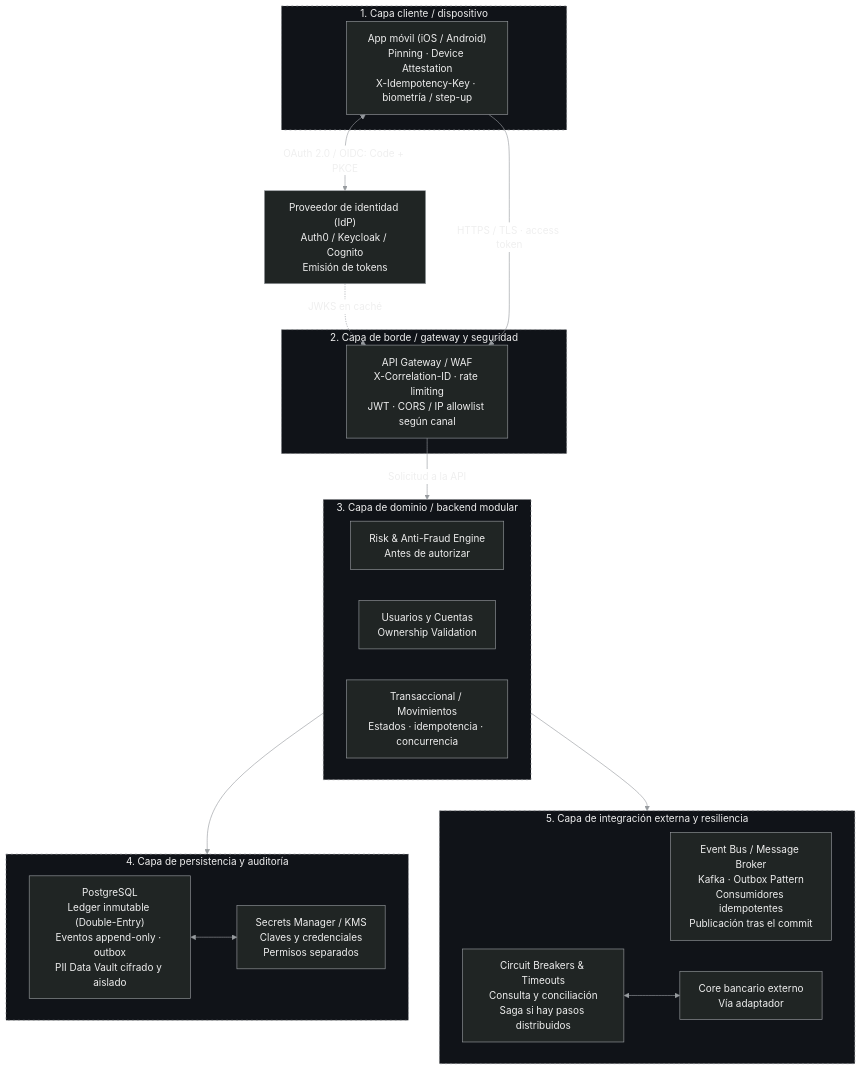
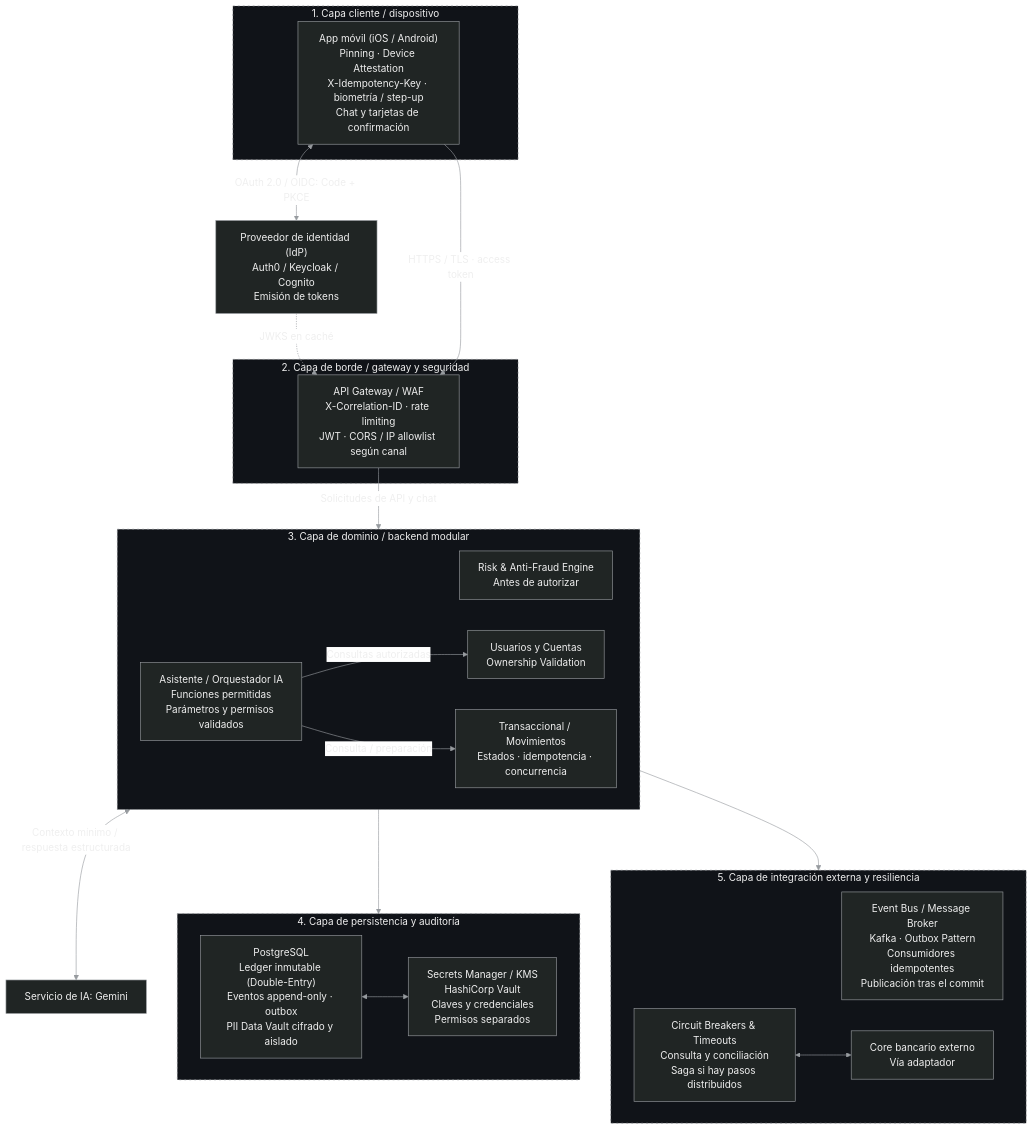
One commit to TheKhadaJhin/arquitectura-bancaria changed the diagram in 01-arquitectura.md. Above: the diagram before and after it, drawn with Mermaid (neutral theme). The commit also changed other lines of this file and 8 other files, not shown here.

````diff
--- a/01-arquitectura.md
+++ b/01-arquitectura.md
@@ -113,70 +142,80 @@
 ```mermaid
 flowchart TB
     IDP["`Proveedor de identidad (IdP)
 Auth0 / Keycloak / Cognito
 Emisión de tokens`"]
 
     subgraph CLIENTE["1. Capa cliente / dispositivo"]
         APP["`App móvil (iOS / Android)
 Pinning · Device Attestation
-X-Idempotency-Key · biometría / step-up`"]
+X-Idempotency-Key · biometría / step-up
+Chat y tarjetas de confirmación`"]
     end
 
     subgraph BORDE["2. Capa de borde / gateway y seguridad"]
         GW["`API Gateway / WAF
 X-Correlation-ID · rate limiting
 JWT · CORS / IP allowlist según canal`"]
     end
 
     subgraph BE["3. Capa de dominio / backend modular"]
         direction LR
         RISK["`Risk & Anti-Fraud Engine
 Antes de autorizar`"]
         CUENTAS["`Usuarios y Cuentas
 Ownership Validation`"]
         TX["`Transaccional / Movimientos
 Estados · idempotencia · concurrencia`"]
+        ASISTENTE["`Asistente / Orquestador IA
+Funciones permitidas
+Parámetros y permisos validados`"]
     end
+
+    GEMINI["Servicio de IA: Gemini"]
 
     subgraph DATOS["4. Capa de persistencia y auditoría"]
         direction LR
         PG["`PostgreSQL
 Ledger inmutable (Double-Entry)
 Eventos append-only · outbox
 PII Data Vault cifrado y aislado`"]
         KEYS["`Secrets Manager / KMS
+HashiCorp Vault
 Claves y credenciales
 Permisos separados`"]
         PG <--> KEYS
     end
 
     subgraph INTEGRACION["5. Capa de integración externa y resiliencia"]
         direction LR
         BROKER["`Event Bus / Message Broker
 Kafka · Outbox Pattern
 Consumidores idempotentes
 Publicación tras el commit`"]
         RES["`Circuit Breakers & Timeouts
 Consulta y conciliación
 Saga si hay pasos distribuidos`"]
         CORE["`Core bancario externo
 Vía adaptador`"]
         RES <--> CORE
     end
 
     APP <-->|"OAuth 2.0 / OIDC: Code + PKCE"| IDP
     IDP -.->|"JWKS en caché"| GW
     APP -->|"HTTPS / TLS · access token"| GW
-    GW -->|"Solicitud a la API"| BE
+    GW -->|"Solicitudes de API y chat"| BE
+    ASISTENTE -->|"Consultas autorizadas"| CUENTAS
+    ASISTENTE -->|"Consulta / preparación"| TX
+    ASISTENTE <-->|"Contexto mínimo / respuesta estructurada"| GEMINI
     BE --> DATOS
     BE --> INTEGRACION
 
     classDef componente fill:#202524,stroke:#979b9f,color:#efefef
-    class APP,IDP,GW,RISK,CUENTAS,TX,PG,KEYS,BROKER,RES,CORE componente
+    class APP,IDP,GW,RISK,CUENTAS,TX,ASISTENTE,GEMINI,PG,KEYS,BROKER,RES,CORE componente
     style CLIENTE fill:#101318,stroke:#85898e,color:#efefef,stroke-dasharray:3 5
     style BORDE fill:#101318,stroke:#85898e,color:#efefef,stroke-dasharray:3 5
     style BE fill:#101318,stroke:#85898e,color:#efefef,stroke-dasharray:3 5
     style DATOS fill:#101318,stroke:#85898e,color:#efefef,stroke-dasharray:3 5
     style INTEGRACION fill:#101318,stroke:#85898e,color:#efefef,stroke-dasharray:3 5
     linkStyle default stroke:#979b9f,color:#efefef
 ```
````
